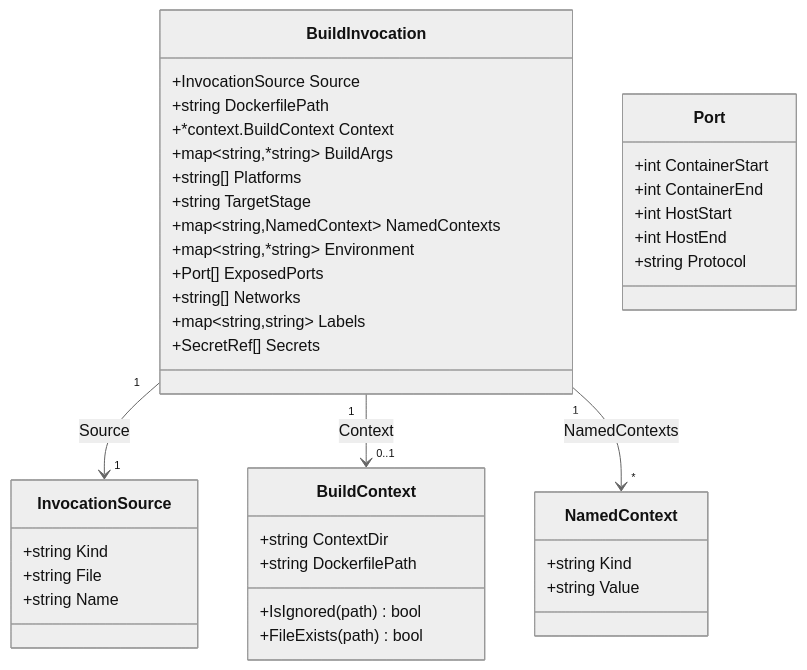
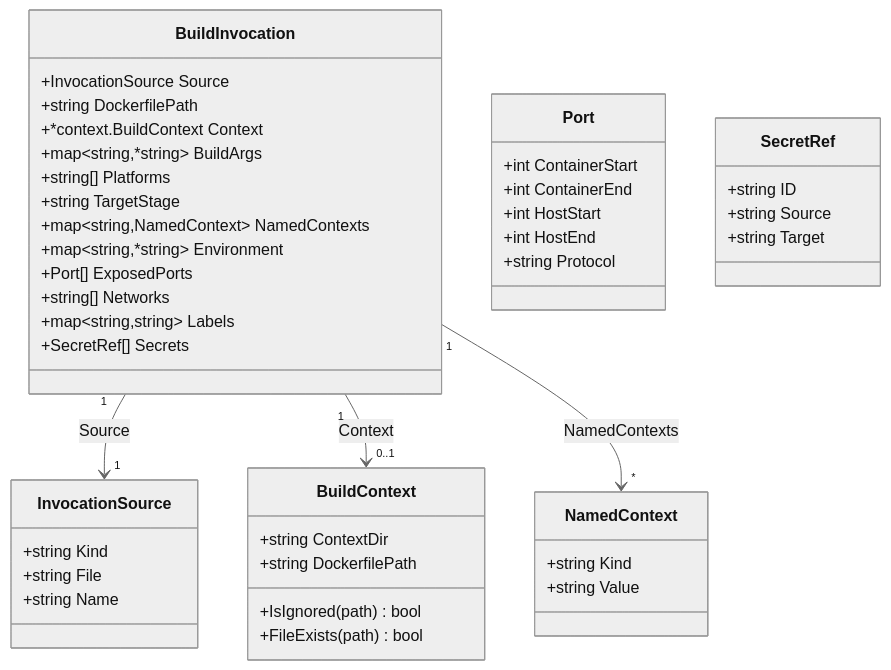
The first of 5 diagrams in design-docs/38-buildinvocation-bake.md (wharflab/tally), drawn with Mermaid (neutral theme) before and after one commit. The commit also changed other lines of this file, not shown here.

First line of the commit message:
docs: add Target to SecretRef for container mount-path awareness

````diff
--- a/design-docs/38-buildinvocation-bake.md
+++ b/design-docs/38-buildinvocation-bake.md
@@ -117,42 +117,47 @@
 ```mermaid
 classDiagram
     class BuildInvocation {
         +InvocationSource Source
         +string DockerfilePath
         +*context.BuildContext Context
         +map~string,*string~ BuildArgs
         +string[] Platforms
         +string TargetStage
         +map~string,NamedContext~ NamedContexts
         +map~string,*string~ Environment
         +Port[] ExposedPorts
         +string[] Networks
         +map~string,string~ Labels
         +SecretRef[] Secrets
     }
     class Port {
         +int ContainerStart
         +int ContainerEnd
         +int HostStart
         +int HostEnd
         +string Protocol
     }
+    class SecretRef {
+        +string ID
+        +string Source
+        +string Target
+    }
     class InvocationSource {
         +string Kind
         +string File
         +string Name
     }
     class NamedContext {
         +string Kind
         +string Value
     }
     class BuildContext {
         +string ContextDir
         +string DockerfilePath
         +IsIgnored(path) bool
         +FileExists(path) bool
     }
     BuildInvocation "1" --> "1" InvocationSource : Source
     BuildInvocation "1" --> "0..1" BuildContext : Context
     BuildInvocation "1" --> "*" NamedContext : NamedContexts
 ```
````
